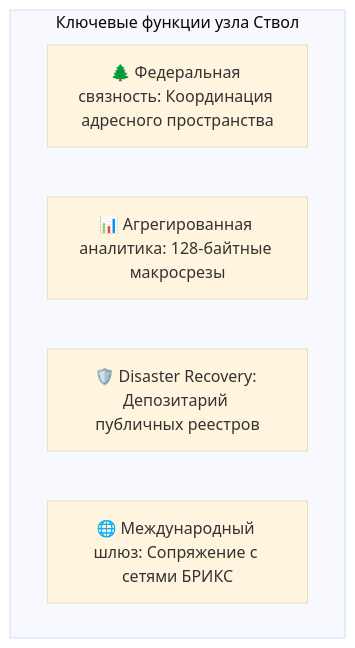
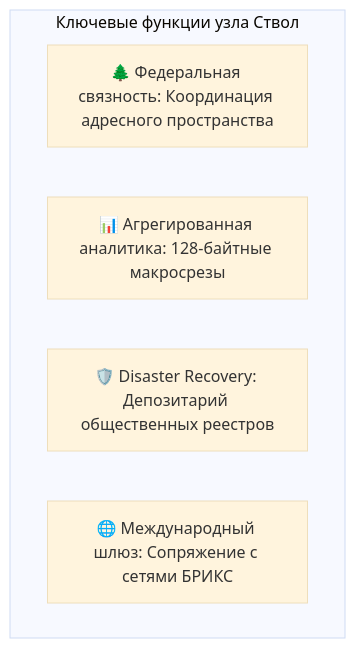
Before and after one commit to Data-Independence-Network/presentations: the ninth of 12 diagrams in architecture_presentations/01_topology_and_sovereignty/docs/presentation_deck.md, drawn with Mermaid (base theme). The commit also changed other lines of this file and 81 other files, not shown here.

```diff
--- a/architecture_presentations/01_topology_and_sovereignty/docs/presentation_deck.md
+++ b/architecture_presentations/01_topology_and_sovereignty/docs/presentation_deck.md
@@ -474,9 +474,9 @@
         <div class="mermaid">
 graph TD
     subgraph Trunk_Functions [Ключевые функции узла Ствол]
         F1[🌲 Федеральная связность: Координация адресного пространства]
         F2[📊 Агрегированная аналитика: 128-байтные макросрезы]
-        F3[🛡️ Disaster Recovery: Депозитарий публичных реестров]
+        F3[🛡️ Disaster Recovery: Депозитарий общественных реестров]
         F4[🌐 Международный шлюз: Сопряжение с сетями БРИКС]
     end
         </div>
```
